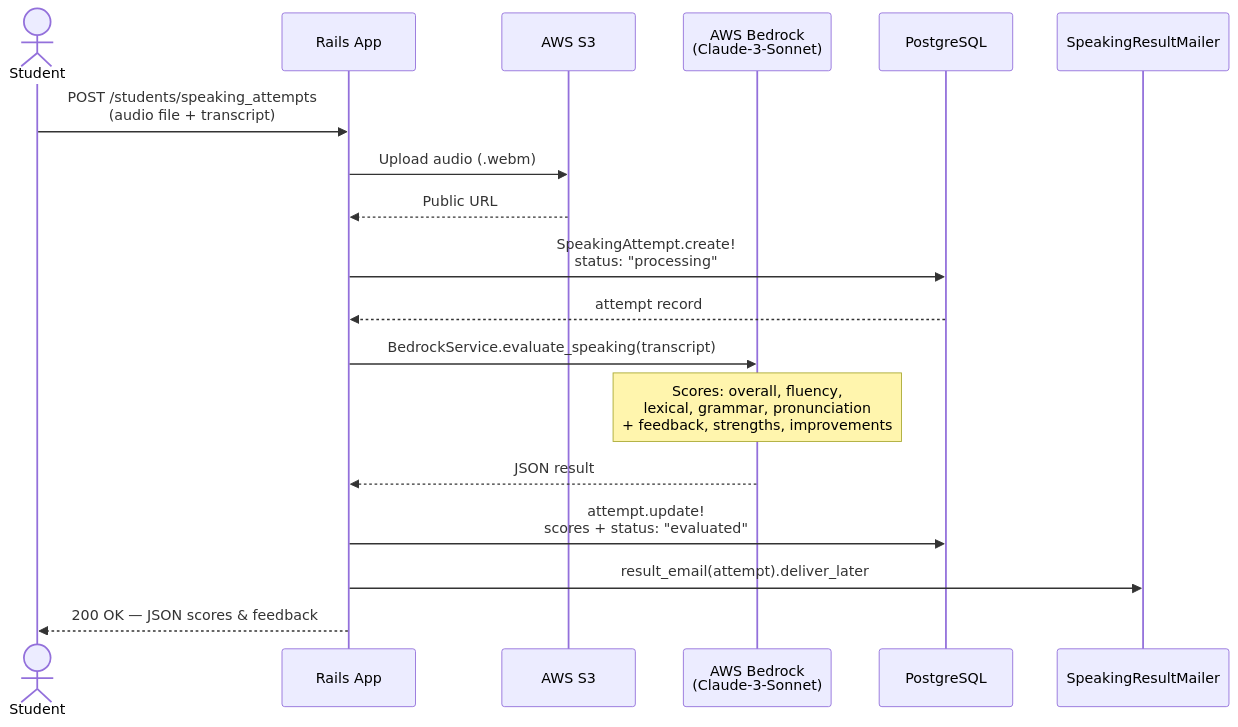
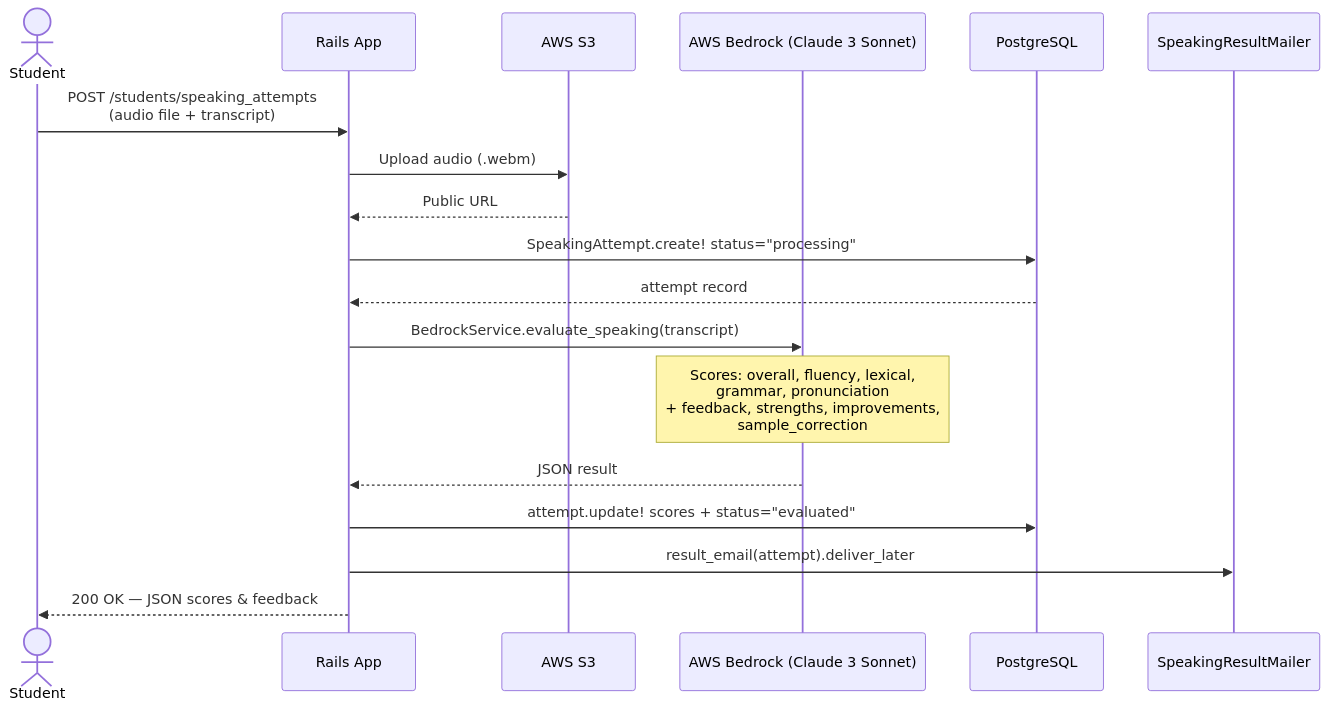
The fourth of 10 diagrams in README.md (ThiPhu210/IELTS_LEARNING_PLATFORM), drawn with Mermaid before and after one commit. The commit also changed other lines of this file, not shown here.

````diff
--- a/README.md
+++ b/README.md
@@ -289,28 +599,21 @@
 ```mermaid
 sequenceDiagram
     actor Student
     participant App as Rails App
     participant S3 as AWS S3
-    participant Bedrock as AWS Bedrock<br/>(Claude-3-Sonnet)
+    participant Bedrock as AWS Bedrock (Claude 3 Sonnet)
     participant DB as PostgreSQL
     participant Mailer as SpeakingResultMailer
 
     Student->>App: POST /students/speaking_attempts<br/>(audio file + transcript)
-
     App->>S3: Upload audio (.webm)
     S3-->>App: Public URL
-
-    App->>DB: SpeakingAttempt.create!<br/>status: "processing"
+    App->>DB: SpeakingAttempt.create! status="processing"
     DB-->>App: attempt record
-
     App->>Bedrock: BedrockService.evaluate_speaking(transcript)
-    Note over Bedrock: Scores: overall, fluency,<br/>lexical, grammar, pronunciation<br/>+ feedback, strengths, improvements
-
+    Note over Bedrock: Scores: overall, fluency, lexical,<br/>grammar, pronunciation<br/>+ feedback, strengths, improvements,<br/>sample_correction
     Bedrock-->>App: JSON result
-
-    App->>DB: attempt.update!<br/>scores + status: "evaluated"
-
+    App->>DB: attempt.update! scores + status="evaluated"
     App->>Mailer: result_email(attempt).deliver_later
-
     App-->>Student: 200 OK — JSON scores & feedback
 ```
````
